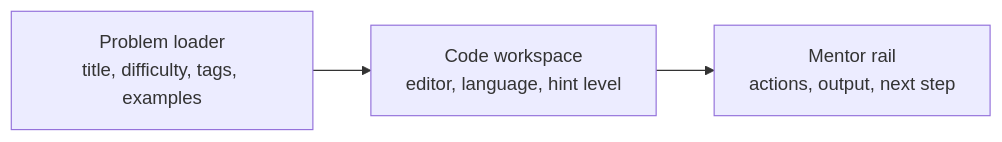
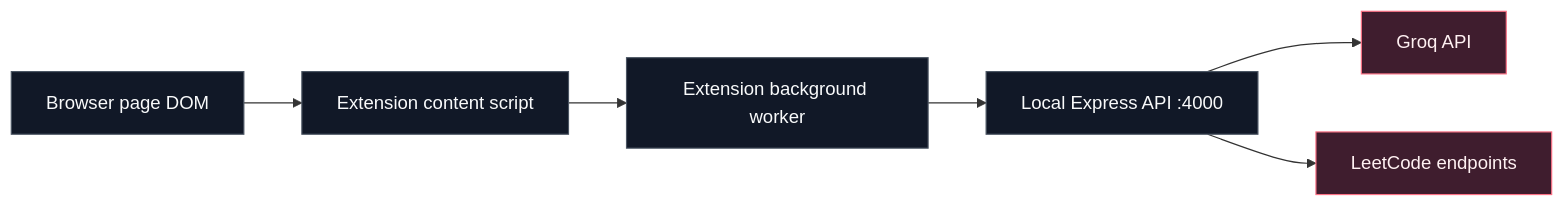
One commit to Harshpreet1729/LeetMentor changed the sixth of 8 diagrams in README.md. Above: the diagram before and after it, drawn with Mermaid. The commit also changed other lines of this file, not shown here.

Commit message:
Redesign README with architecture diagrams

````diff
--- a/README.md
+++ b/README.md
@@ -182,5 +212,13 @@
 ```mermaid
 flowchart LR
-    A["Problem loader<br/>title, difficulty, tags, examples"] --> B["Code workspace<br/>editor, language, hint level"]
-    B --> C["Mentor rail<br/>actions, output, next step"]
+    A["Browser page DOM"] --> B["Extension content script"]
+    B --> C["Extension background worker"]
+    C --> D["Local Express API :4000"]
+    D --> E["Groq API"]
+    D --> F["LeetCode endpoints"]
+
+    classDef local fill:#111827,stroke:#4b5563,color:#f9fafb;
+    classDef remote fill:#3f1d2e,stroke:#fb7185,color:#fff1f2;
+    class A,B,C,D local;
+    class E,F remote;
 ```
````
